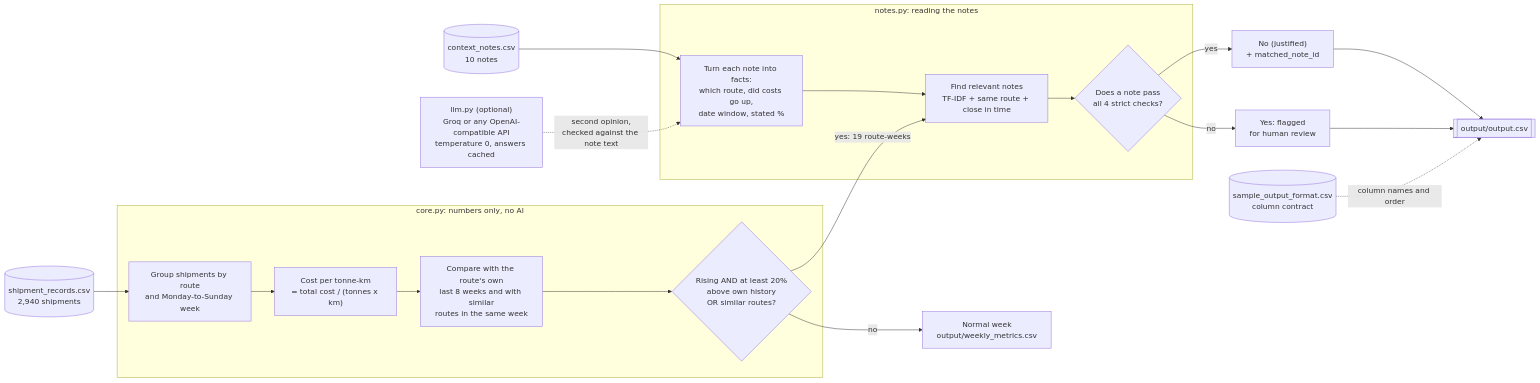
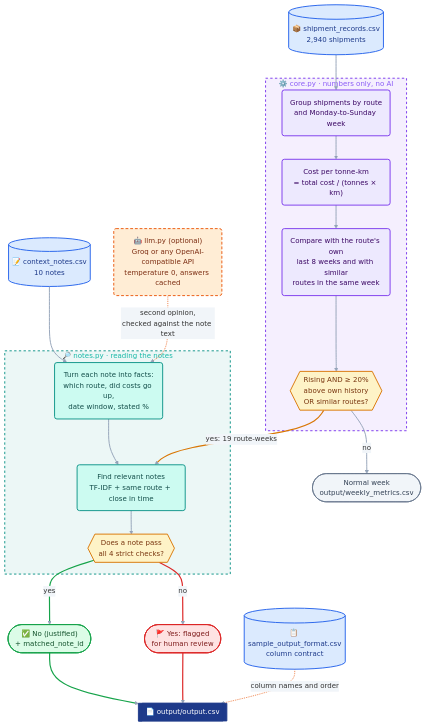
Before and after one commit to vikramyadav1404/shipping-cost-assistant: the first of 2 diagrams in README.md, drawn with Mermaid. The commit also changed other lines of this file, not shown here.

Commit message:
Colour-coded architecture diagrams

````diff
--- a/README.md
+++ b/README.md
@@ -7,34 +7,64 @@
 ```mermaid
-flowchart LR
-    SR[("shipment_records.csv<br/>2,940 shipments")]
-    CN[("context_notes.csv<br/>10 notes")]
-    SF[("sample_output_format.csv<br/>column contract")]
+%%{init: {"theme": "base", "themeVariables": {"fontFamily": "Segoe UI, Helvetica, Arial, sans-serif", "fontSize": "15px", "lineColor": "#94A3B8", "edgeLabelBackground": "#F1F5F9", "textColor": "#0F172A"}}}%%
+flowchart TB
+    SR[("📦 shipment_records.csv<br/>2,940 shipments")]
+    CN[("📝 context_notes.csv<br/>10 notes")]
+    SF[("📋 sample_output_format.csv<br/>column contract")]
 
-    subgraph core["core.py: numbers only, no AI"]
-        C1["Group shipments by route<br/>and Monday-to-Sunday week"]
-        C2["Cost per tonne-km<br/>= total cost / (tonnes x km)"]
-        C3["Compare with the route's own<br/>last 8 weeks and with similar<br/>routes in the same week"]
-        C4{"Rising AND at least 20%<br/>above own history<br/>OR similar routes?"}
+    subgraph core["⚙️ core.py · numbers only, no AI"]
+        C1("Group shipments by route<br/>and Monday-to-Sunday week")
+        C2("Cost per tonne-km<br/>= total cost / (tonnes × km)")
+        C3("Compare with the route's own<br/>last 8 weeks and with similar<br/>routes in the same week")
+        C4{{"Rising AND ≥ 20%<br/>above own history<br/>OR similar routes?"}}
         C1 --> C2 --> C3 --> C4
     end
 
-    subgraph notesbox["notes.py: reading the notes"]
-        N1["Turn each note into facts:<br/>which route, did costs go up,<br/>date window, stated %"]
-        N2["Find relevant notes<br/>TF-IDF + same route + close in time"]
-        N3{"Does a note pass<br/>all 4 strict checks?"}
+    subgraph notesbox["🔎 notes.py · reading the notes"]
+        N1("Turn each note into facts:<br/>which route, did costs go up,<br/>date window, stated %")
+        N2("Find relevant notes<br/>TF-IDF + same route + close in time")
+        N3{{"Does a note pass<br/>all 4 strict checks?"}}
         N1 --> N2 --> N3
     end
 
-    LLM["llm.py (optional)<br/>Groq or any OpenAI-compatible API<br/>temperature 0, answers cached"]
+    LLM("🤖 llm.py (optional)<br/>Groq or any OpenAI-compatible API<br/>temperature 0, answers cached")
 
     SR --> C1
     CN --> N1
     LLM -. "second opinion,<br/>checked against the note text" .-> N1
-    C4 -- "no" --> NORMAL["Normal week<br/>output/weekly_metrics.csv"]
+    C4 -- "no" --> NORMAL(["Normal week<br/>output/weekly_metrics.csv"])
     C4 -- "yes: 19 route-weeks" --> N2
-    N3 -- "yes" --> JUST["No (justified)<br/>+ matched_note_id"]
-    N3 -- "no" --> FLAG["Yes: flagged<br/>for human review"]
-    JUST --> OUT[["output/output.csv"]]
+    N3 -- "yes" --> JUST(["✅ No (justified)<br/>+ matched_note_id"])
+    N3 -- "no" --> FLAG(["🚩 Yes: flagged<br/>for human review"])
+    JUST --> OUT[["📄 output/output.csv"]]
     FLAG --> OUT
     SF -. "column names and order" .-> OUT
+
+    classDef data fill:#DBEAFE,stroke:#2563EB,stroke-width:2px,color:#1E3A8A
+    classDef step fill:#EDE9FE,stroke:#7C3AED,stroke-width:2px,color:#3B0764
+    classDef note fill:#CCFBF1,stroke:#0D9488,stroke-width:2px,color:#134E4A
+    classDef ai fill:#FFEDD5,stroke:#EA580C,stroke-width:2px,stroke-dasharray:6 4,color:#7C2D12
+    classDef decide fill:#FEF3C7,stroke:#D97706,stroke-width:2px,color:#78350F
+    classDef ok fill:#DCFCE7,stroke:#16A34A,stroke-width:2px,color:#14532D
+    classDef bad fill:#FEE2E2,stroke:#DC2626,stroke-width:2px,color:#7F1D1D
+    classDef quiet fill:#F1F5F9,stroke:#64748B,stroke-width:1.5px,color:#334155
+    classDef out fill:#1E3A8A,stroke:#1E3A8A,stroke-width:2px,color:#FFFFFF
+
+    class SR,CN,SF data
+    class C1,C2,C3 step
+    class N1,N2 note
+    class LLM ai
+    class C4,N3 decide
+    class JUST ok
+    class FLAG bad
+    class NORMAL quiet
+    class OUT out
+
+    style core fill:#7C3AED14,stroke:#7C3AED,stroke-width:2px,stroke-dasharray:5 5,color:#8B5CF6
+    style notesbox fill:#0D948814,stroke:#0D9488,stroke-width:2px,stroke-dasharray:5 5,color:#14B8A6
+
+    linkStyle default stroke:#94A3B8,stroke-width:2px
+    linkStyle 9 stroke:#D97706,stroke-width:2.5px
+    linkStyle 10,12 stroke:#16A34A,stroke-width:2.5px
+    linkStyle 11,13 stroke:#DC2626,stroke-width:2.5px
+    linkStyle 7,14 stroke:#EA580C,stroke-width:1.5px
 ```
````
